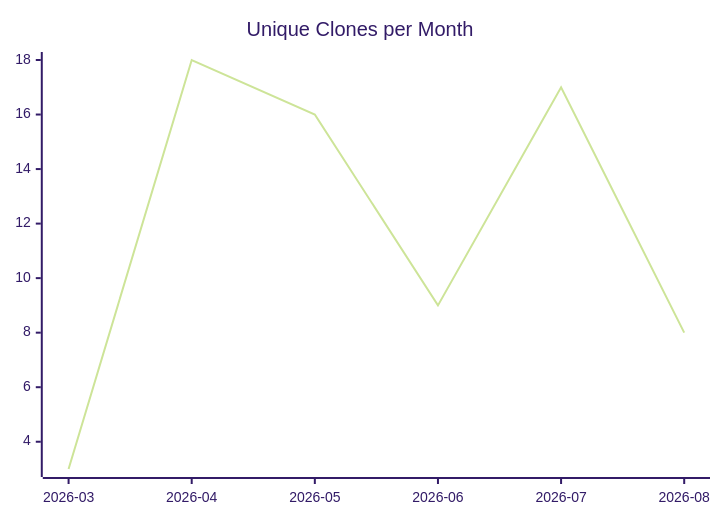
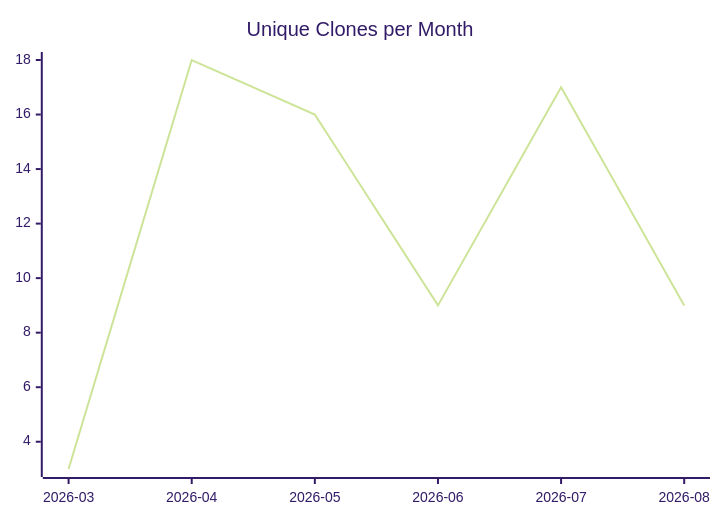
The third of 3 diagrams in karlmdavis/jessentials/README.md (justdavis-family/github-analytics-data), drawn with Mermaid (forest theme) before and after one commit. The commit also changed other lines of this file and 190 other files, not shown here.

````diff
--- a/karlmdavis/jessentials/README.md
+++ b/karlmdavis/jessentials/README.md
@@ -19,6 +19,6 @@
 ```mermaid
 xychart-beta
   title "Unique Clones per Month"
   x-axis ["2026-03", "2026-04", "2026-05", "2026-06", "2026-07", "2026-08"]
-  line [3, 18, 16, 9, 17, 8]
+  line [3, 18, 16, 9, 17, 9]
 ```
````
